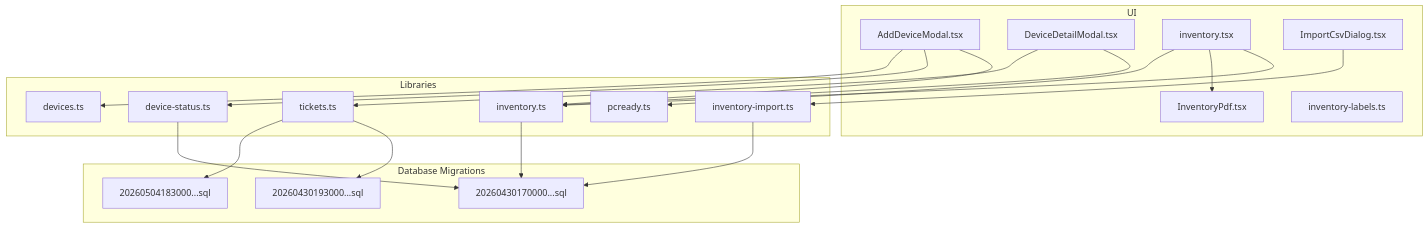
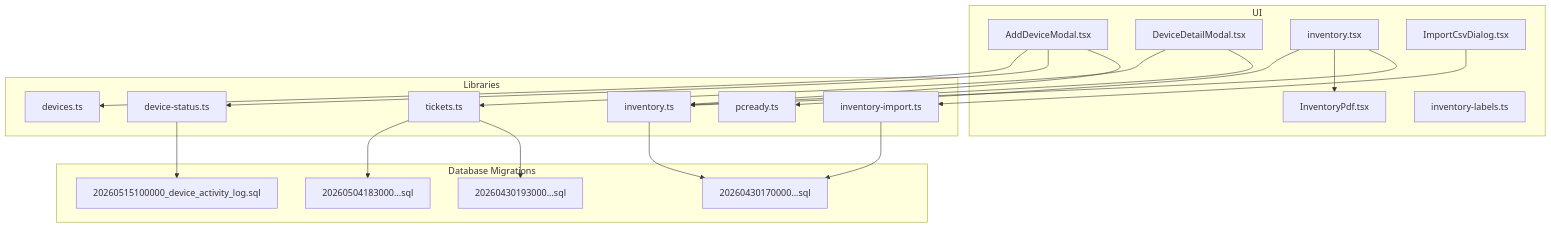
The first of 9 diagrams in .qoder/repowiki/en/content/Device Management System/Device Management System.md (gastaldellomarco/pcReady), drawn with Mermaid before and after one commit. The commit also changed other lines of this file and 5 other files, not shown here.

````diff
--- a/.qoder/repowiki/en/content/Device Management System/Device Management System.md
+++ b/.qoder/repowiki/en/content/Device Management System/Device Management System.md
@@ -45,38 +52,39 @@
 ```mermaid
 graph TB
 subgraph "UI"
 A["AddDeviceModal.tsx"]
 B["DeviceDetailModal.tsx"]
 C["inventory.tsx"]
 D["ImportCsvDialog.tsx"]
 E["InventoryPdf.tsx"]
 F["inventory-labels.ts"]
 end
 subgraph "Libraries"
 G["inventory.ts"]
 H["inventory-import.ts"]
 I["device-status.ts"]
 J["pcready.ts"]
 K["devices.ts"]
 L["tickets.ts"]
 end
 subgraph "Database Migrations"
 M["20260430170000...sql"]
 N["20260430193000...sql"]
 O["20260504183000...sql"]
+P["20260515100000_device_activity_log.sql"]
 end
 A --> G
 B --> G
 C --> G
 D --> H
 C --> E
 A --> I
 C --> J
 A --> K
 B --> L
 G --> M
 H --> M
-I --> M
+I --> P
 L --> N
 L --> O
 ```
````
